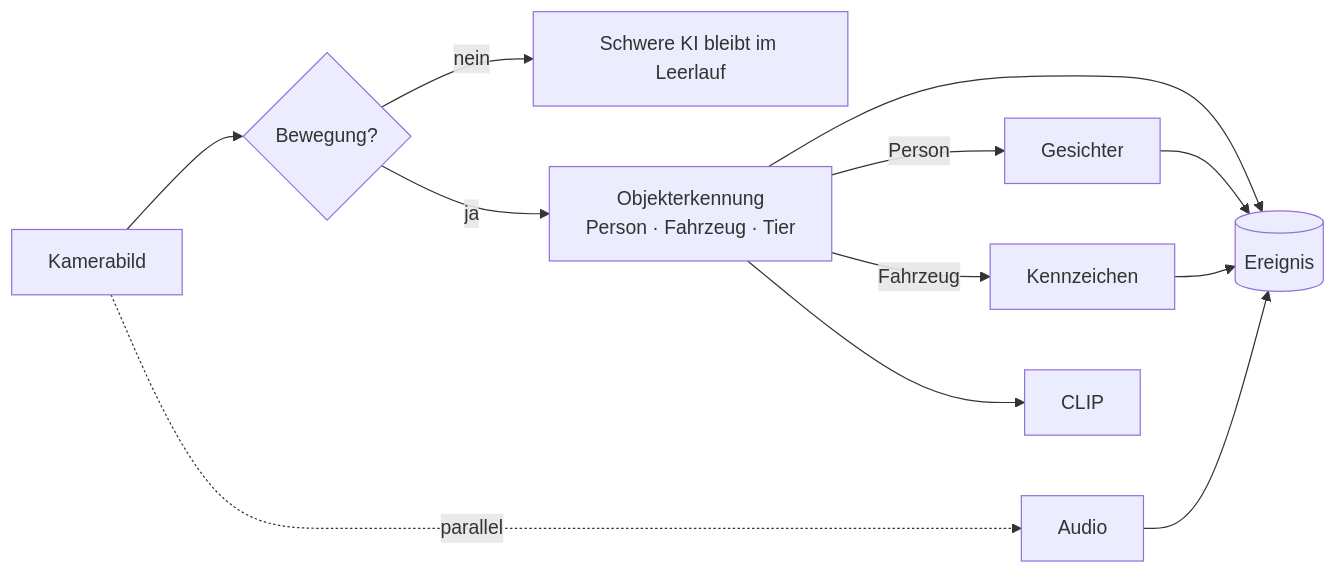
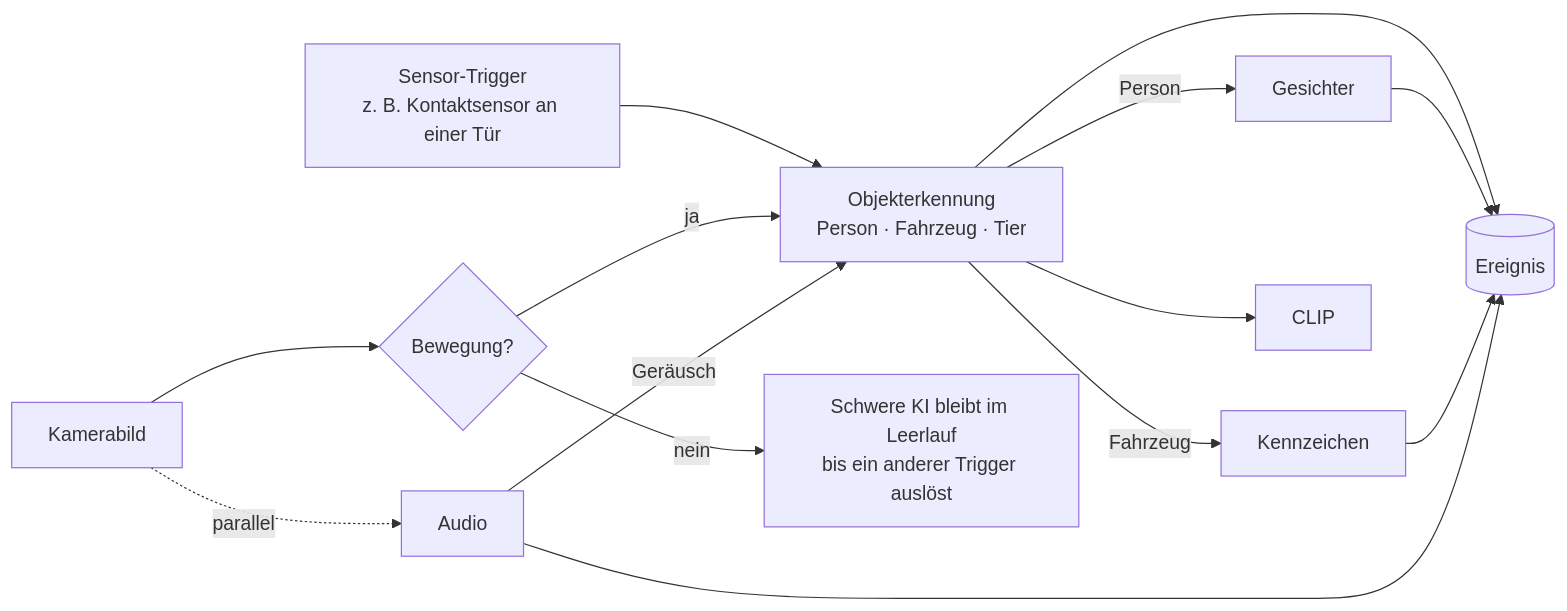
Before and after one commit to cameraui/docs: the diagram in de/detection/index.md, drawn with Mermaid. The commit also changed other lines of this file and 108 other files, not shown here.

````diff
--- a/de/detection/index.md
+++ b/de/detection/index.md
@@ -18,14 +18,16 @@
 ```mermaid
 flowchart LR
   cam[Kamerabild] --> motion{Bewegung?}
   cam -. parallel .-> audio[Audio]
-  motion -- nein --> idle[Schwere KI bleibt im Leerlauf]
+  sensor[Sensor-Trigger<br/>z. B. Kontaktsensor an einer Tür] --> obj
+  motion -- nein --> idle[Schwere KI bleibt im Leerlauf<br/>bis ein anderer Trigger auslöst]
   motion -- ja --> obj[Objekterkennung<br/>Person · Fahrzeug · Tier]
+  audio -- Geräusch --> obj
   obj -- Person --> face[Gesichter]
   obj -- Fahrzeug --> plate[Kennzeichen]
   obj --> clip[CLIP]
   obj --> ev[(Ereignis)]
   face --> ev
   plate --> ev
   audio --> ev
 ```
````
